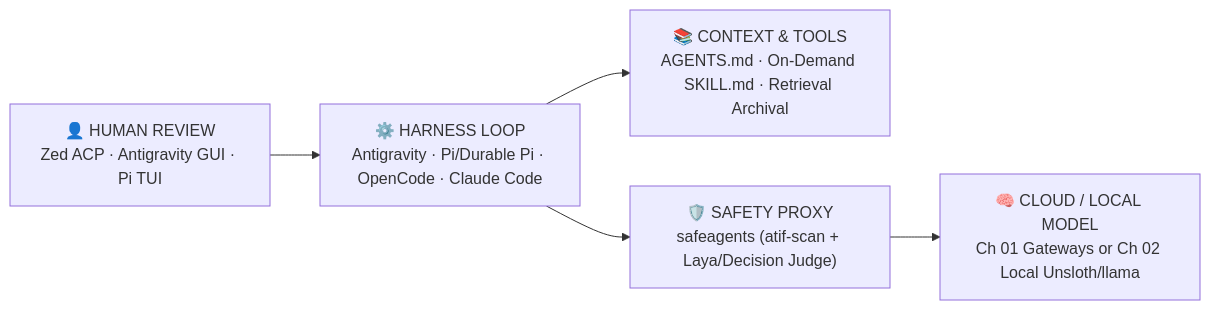
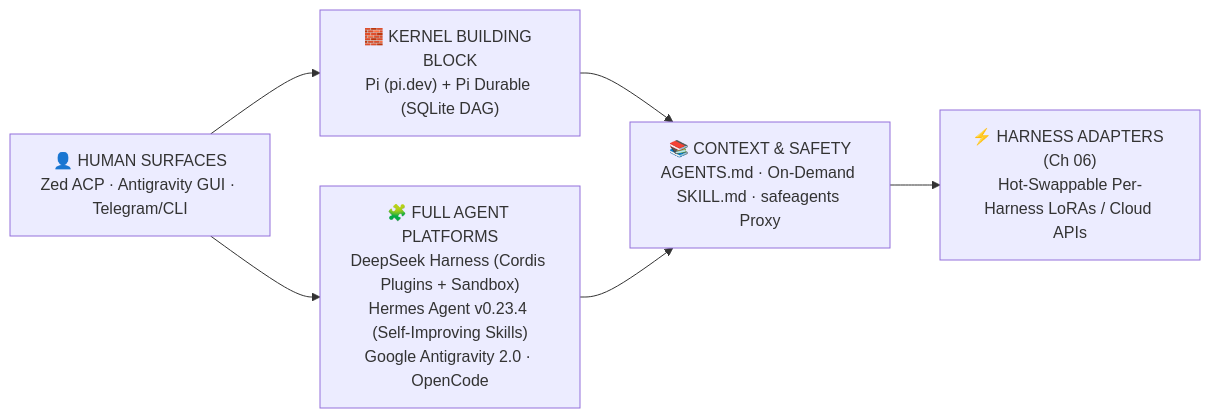
One commit to initalok/ai-swissknife changed the diagram in book/04-harnesses-protocols.md. Above: the diagram before and after it, drawn with Mermaid. The commit also changed other lines of this file and 19 other files, not shown here.

Commit message:
feat(v2.1.0): split Mature vs Cutting-Edge local, add dsh/Hermes, IRL Community Ch 07, & Frontier Watch Ch 08

````diff
--- a/book/04-harnesses-protocols.md
+++ b/book/04-harnesses-protocols.md
@@ -9,7 +9,7 @@
 ```mermaid
 flowchart LR
-    USER["👤 HUMAN REVIEW<br/>Zed ACP · Antigravity GUI · Pi TUI"] --> HARNESS["⚙️ HARNESS LOOP<br/>Antigravity · Pi/Durable Pi · OpenCode · Claude Code"]
-    HARNESS --> PROTO["📚 CONTEXT & TOOLS<br/>AGENTS.md · On-Demand SKILL.md · Retrieval Archival"]
-    HARNESS --> GUARD["🛡️ SAFETY PROXY<br/>safeagents (atif-scan + Laya/Decision Judge)"]
-    GUARD --> LLM["🧠 CLOUD / LOCAL MODEL<br/>Ch 01 Gateways or Ch 02 Local Unsloth/llama"]
+    USER["👤 HUMAN SURFACES<br/>Zed ACP · Antigravity GUI · Telegram/CLI"] --> KERNEL["🧱 KERNEL BUILDING BLOCK<br/>Pi (pi.dev) + Pi Durable (SQLite DAG)"]
+    USER --> PLAT["🧩 FULL AGENT PLATFORMS<br/>DeepSeek Harness (Cordis Plugins + Sandbox)<br/>Hermes Agent v0.23.4 (Self-Improving Skills)<br/>Google Antigravity 2.0 · OpenCode"]
+    KERNEL & PLAT --> PROTO["📚 CONTEXT & SAFETY<br/>AGENTS.md · On-Demand SKILL.md · safeagents Proxy"]
+    PROTO --> ADAPT["⚡ HARNESS ADAPTERS (Ch 06)<br/>Hot-Swappable Per-Harness LoRAs / Cloud APIs"]
 ```
````
